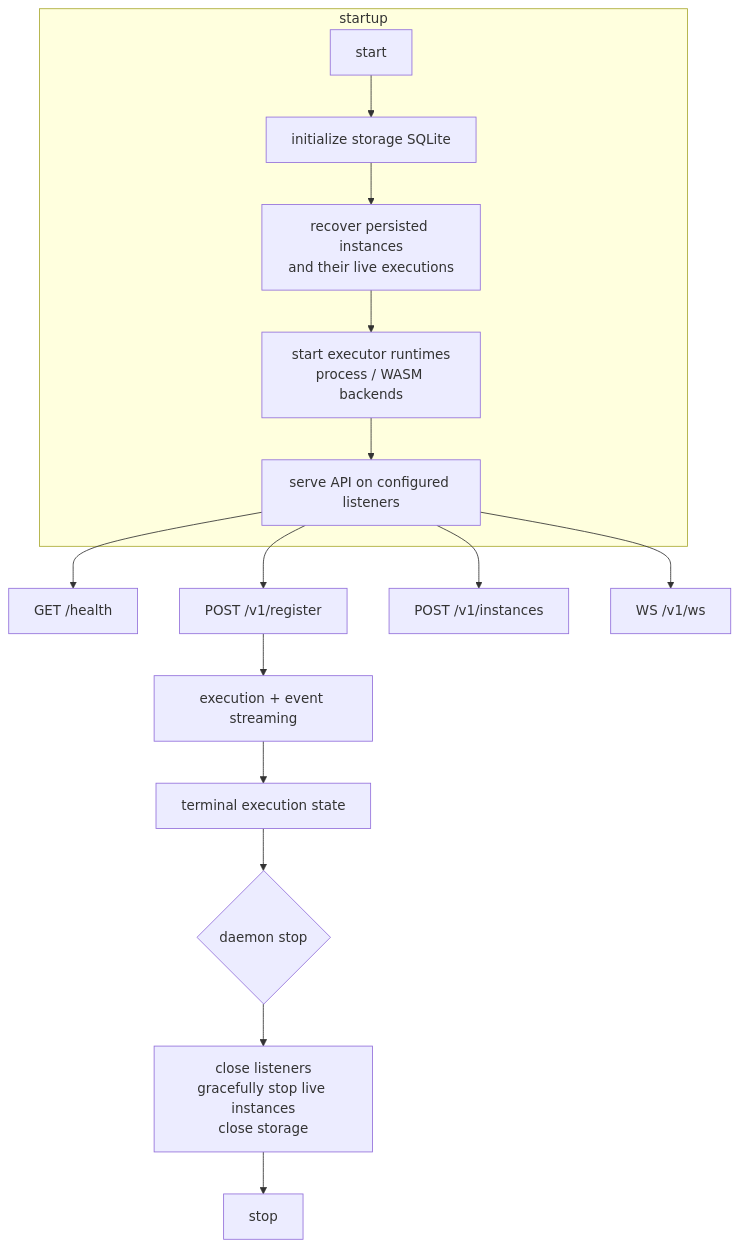
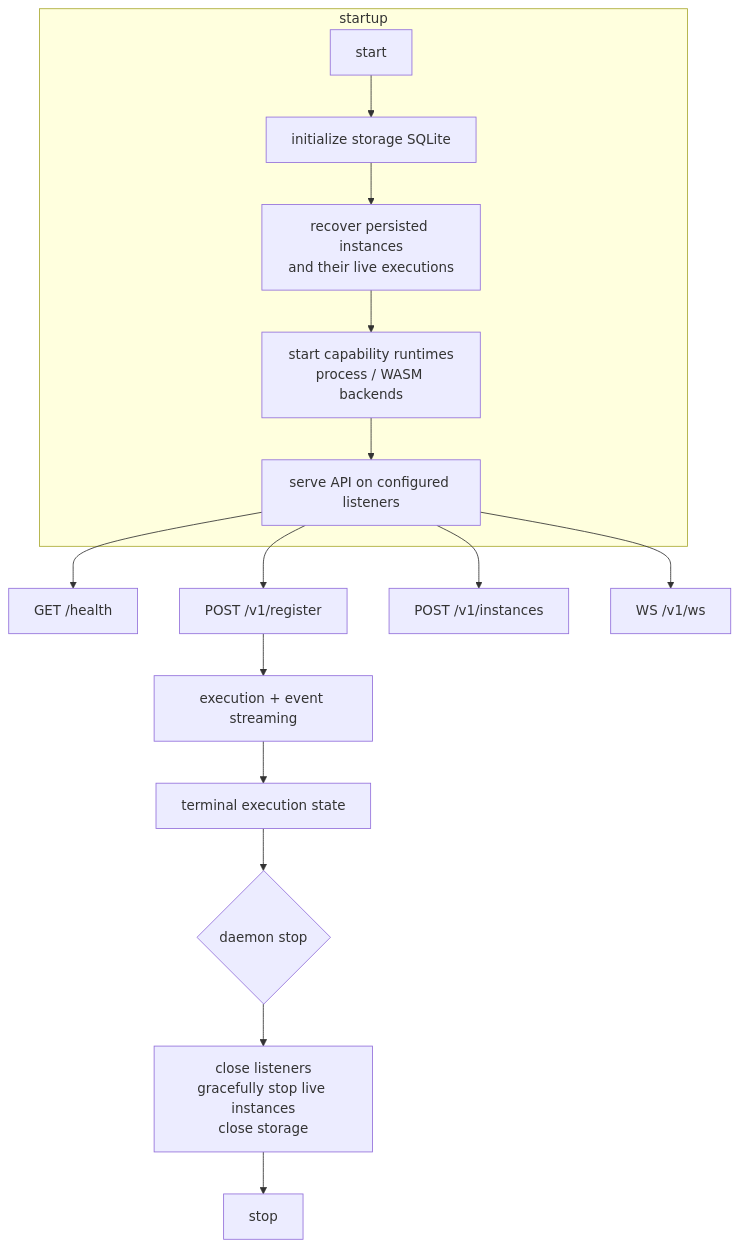
The second of 7 diagrams in nore/README.md (neuron-runtime/neuron), drawn with Mermaid before and after one commit. The commit also changed other lines of this file and 119 other files, not shown here.

````diff
--- a/nore/README.md
+++ b/nore/README.md
@@ -90,18 +90,18 @@
 ```mermaid
 flowchart TD
     subgraph startup
         A[start] --> B[initialize storage SQLite]
         B --> C[recover persisted instances<br/>and their live executions]
-        C --> D[start executor runtimes<br/>process / WASM backends]
+        C --> D[start capability runtimes<br/>process / WASM backends]
         D --> E[serve API on configured listeners]
     end
     E --> F1[GET /health]
     E --> F2[POST /v1/register]
     E --> F3[POST /v1/instances]
     E --> F4[WS /v1/ws]
     F2 --> G[execution + event streaming]
     G --> H[terminal execution state]
     H --> I{daemon stop}
     I --> J[close listeners<br/>gracefully stop live instances<br/>close storage]
     J --> K[stop]
 ```
````
